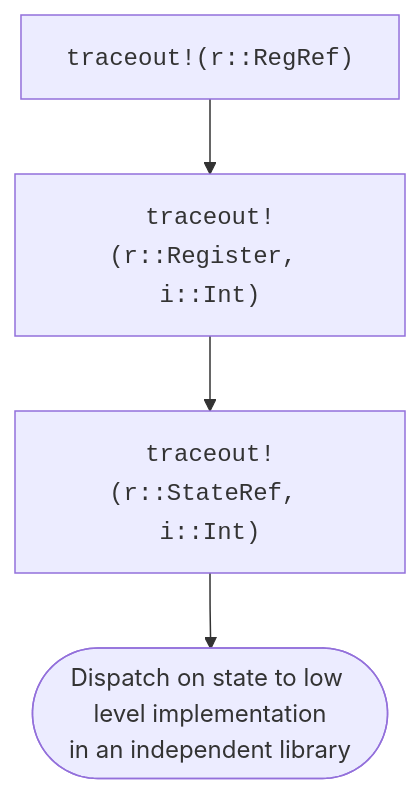
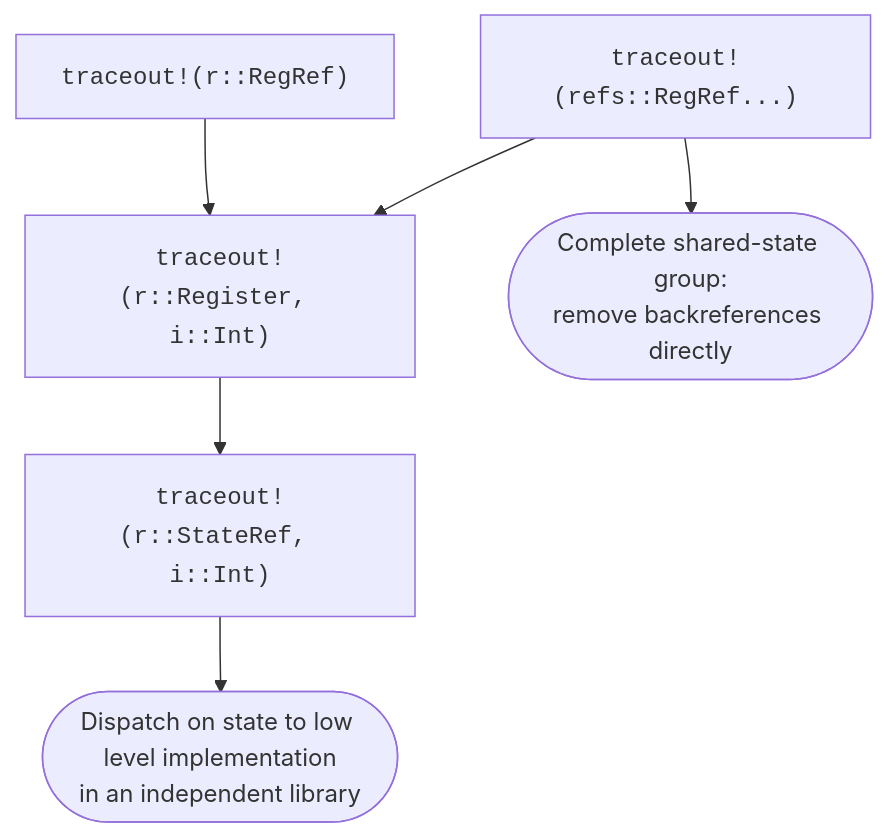
One commit to QuantumSavory/QuantumSavory.jl changed the fifth of 8 diagrams in docs/src/register_interface.md. Above: the diagram before and after it, drawn with Mermaid. The commit also changed other lines of this file and 11 other files, not shown here.

````diff
--- a/docs/src/register_interface.md
+++ b/docs/src/register_interface.md
@@ -255,8 +262,12 @@
 ```mermaid
 flowchart TB
   A["<code>traceout!(r::RegRef)</code>"]
+  A2["<code>traceout!(refs::RegRef...)</code>"]
   B["<code>traceout!(r::Register, i::Int)</code>"]
   C["<code>traceout!(r::StateRef, i::Int)</code>"]
+  F([Complete shared-state group:<br>remove backreferences directly])
   D([Dispatch on state to low level implementation<br>in an independent library])
   A --> B --> C --> D
+  A2 --> F
+  A2 --> B
 ```
````
